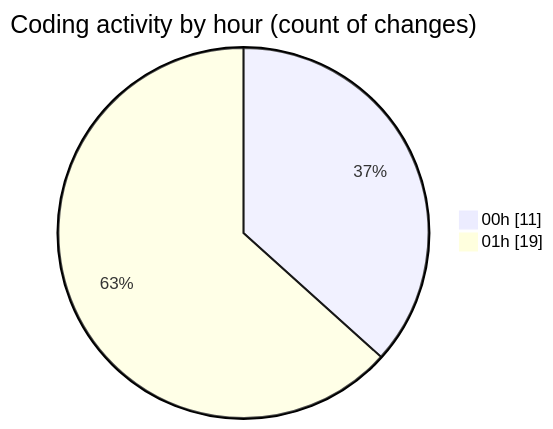
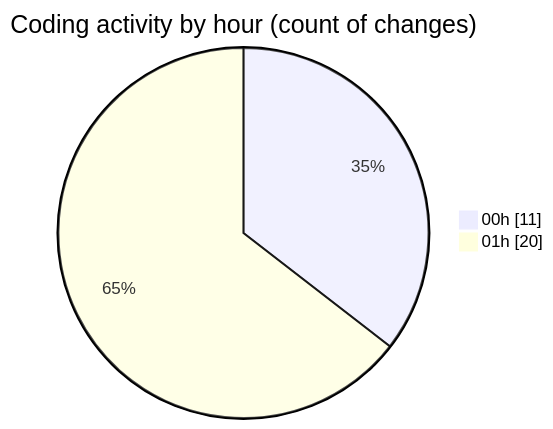
One commit to 3Nya3/code-tracking changed the second of 2 diagrams in 2025-01-02/mods/README.md. Above: the diagram before and after it, drawn with Mermaid. The commit also changed other lines of this file and 1 other file, not shown here.

````diff
--- a/2025-01-02/mods/README.md
+++ b/2025-01-02/mods/README.md
@@ -29,6 +29,6 @@
 ```mermaid
 pie showData
 title Coding activity by hour (count of changes)
 "00h" : 11
-"01h" : 19
+"01h" : 20
 ```
````
